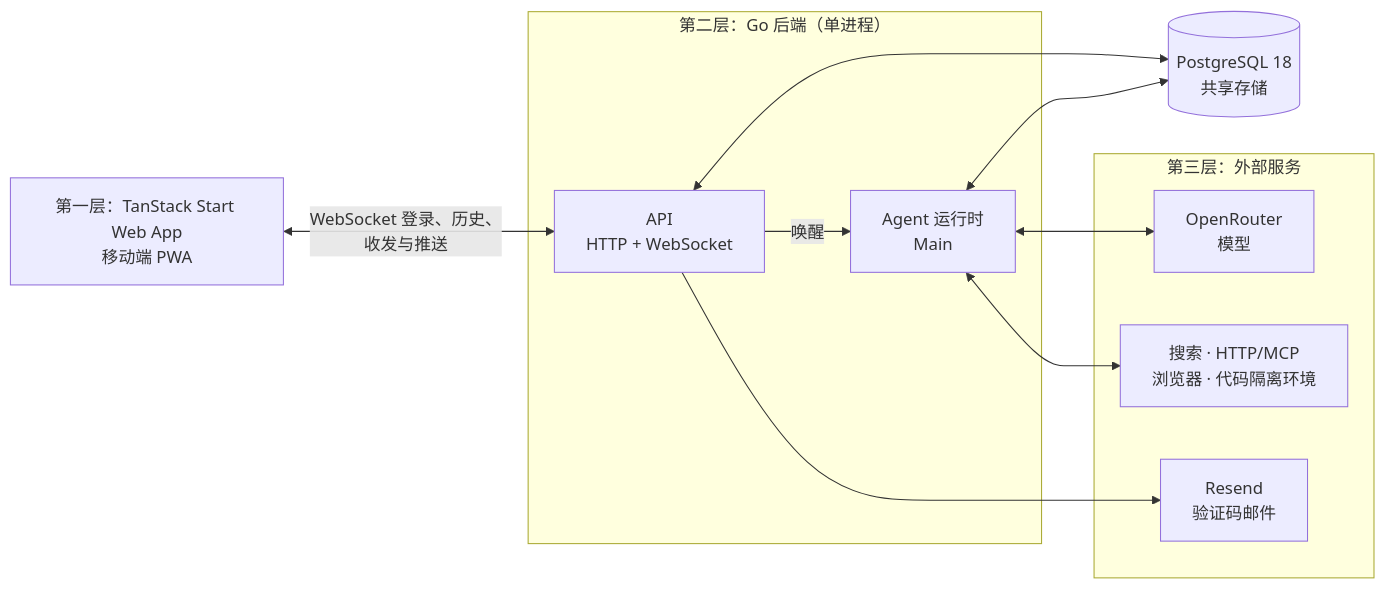
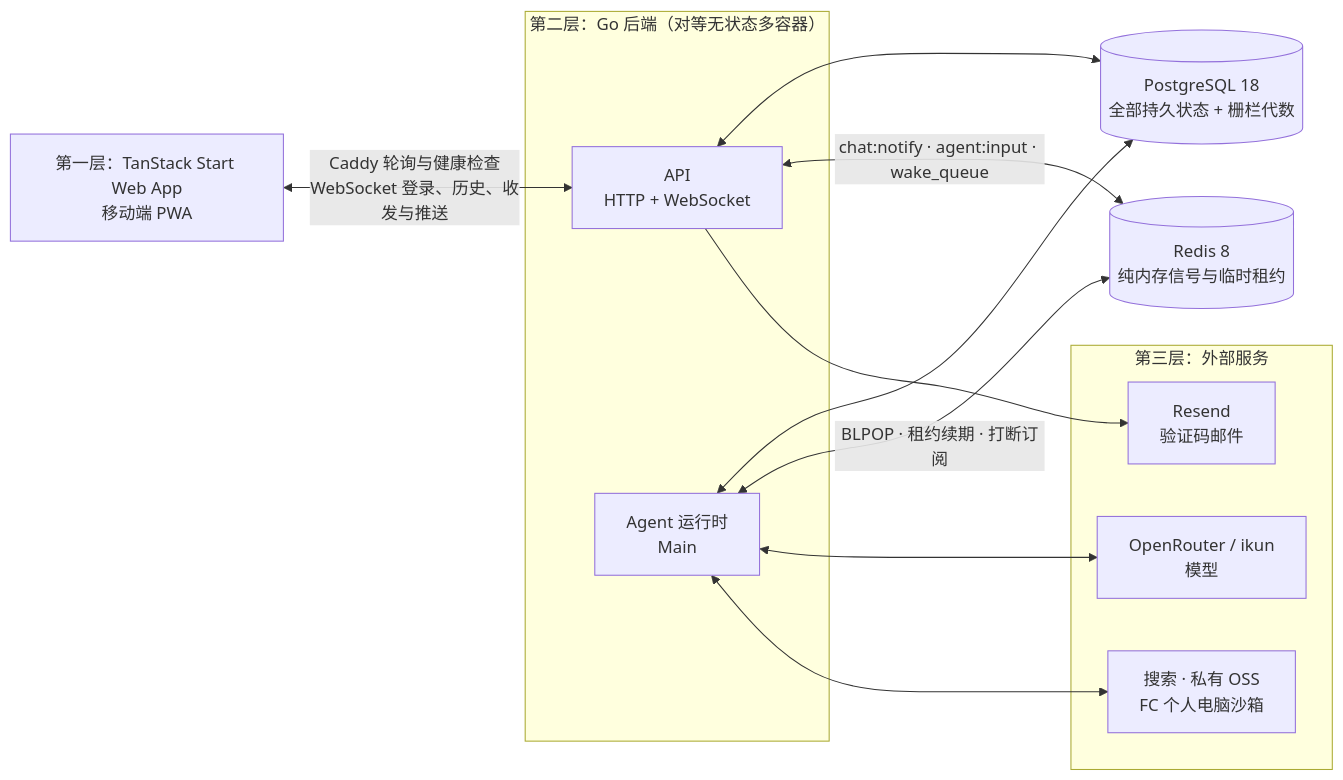
The diagram in docs/wiki/01-overview.md (OmniNetOpensource/aether-personal), drawn with Mermaid before and after one commit. The commit also changed other lines of this file and 11 other files, not shown here.

````diff
--- a/docs/wiki/01-overview.md
+++ b/docs/wiki/01-overview.md
@@ -24,22 +24,24 @@
 ```mermaid
 flowchart LR
     APP["第一层：TanStack Start Web App<br/>移动端 PWA"]
-    subgraph BACKEND["第二层：Go 后端（单进程）"]
+    subgraph BACKEND["第二层：Go 后端（对等无状态多容器）"]
         API["API<br/>HTTP + WebSocket"]
         RUNTIME["Agent 运行时<br/>Main"]
     end
-    DB[("PostgreSQL 18<br/>共享存储")]
+    DB[("PostgreSQL 18<br/>全部持久状态 + 栅栏代数")]
+    REDIS[("Redis 8<br/>纯内存信号与临时租约")]
     subgraph EXTERNAL["第三层：外部服务"]
-        OPENROUTER["OpenRouter<br/>模型"]
+        OPENROUTER["OpenRouter / ikun<br/>模型"]
         RESEND["Resend<br/>验证码邮件"]
-        TOOLS["搜索 · HTTP/MCP<br/>浏览器 · 代码隔离环境"]
+        TOOLS["搜索 · 私有 OSS<br/>FC 个人电脑沙箱"]
     end
 
-    APP <-->|"WebSocket 登录、历史、<br/>收发与推送"| API
+    APP <-->|"Caddy 轮询与健康检查<br/>WebSocket 登录、历史、收发与推送"| API
     API <--> DB
     RUNTIME <--> DB
-    API -->|"唤醒"| RUNTIME
+    API <-->|"chat:notify · agent:input · wake_queue"| REDIS
+    RUNTIME <-->|"BLPOP · 租约续期 · 打断订阅"| REDIS
     RUNTIME <--> OPENROUTER
     API --> RESEND
     RUNTIME <--> TOOLS
 ```
````
